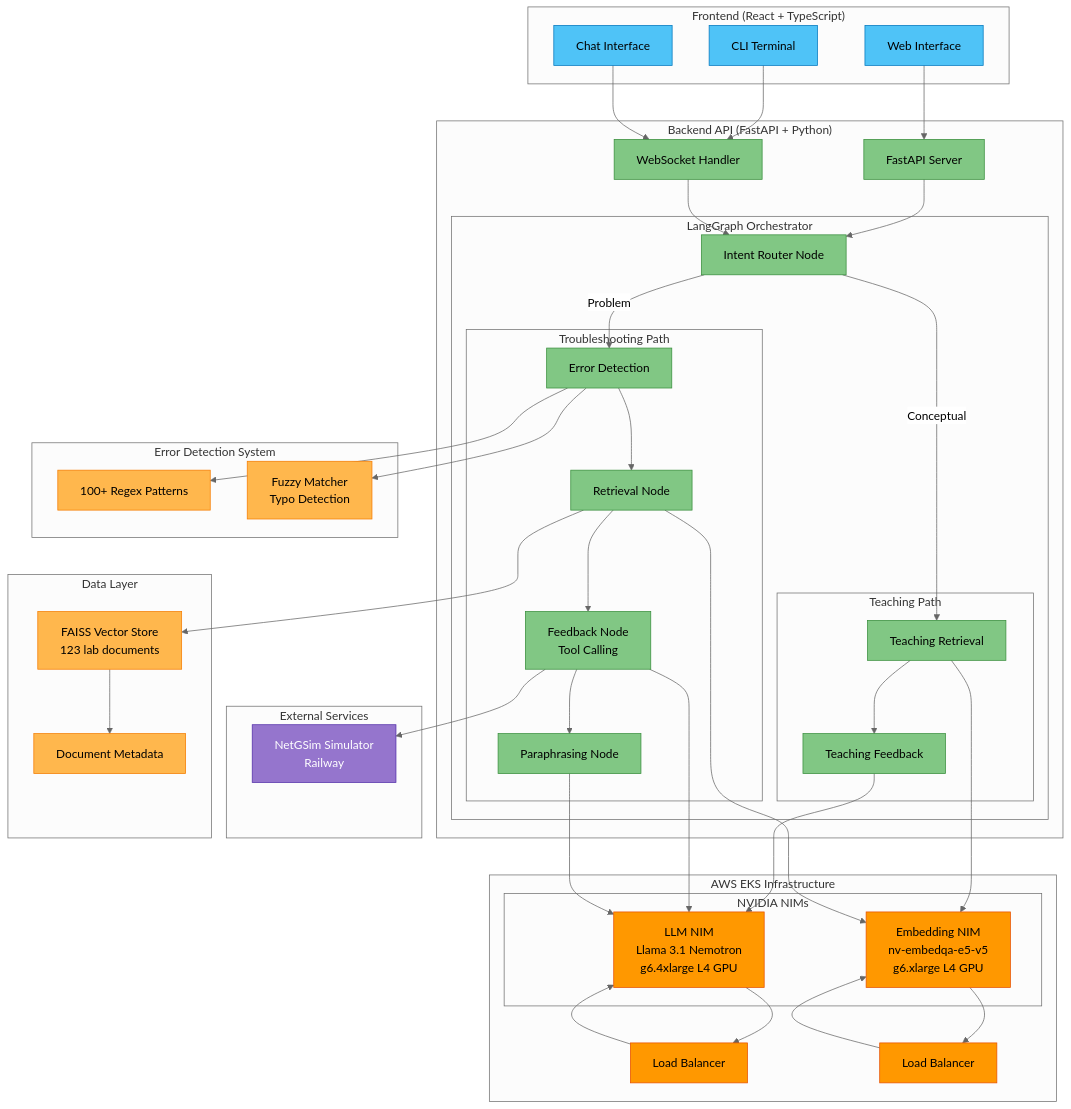
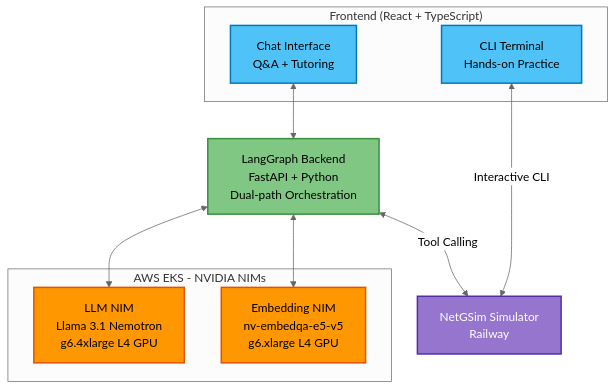
The diagram in README.md (racampos/agentic-ai-unleashed), drawn with Mermaid (neutral theme) before and after one commit.

Commit message:
Add simplified system architecture diagram
Clean, high-level Mermaid diagram showing 5 main components:
- Frontend (Chat + CLI)
- LangGraph Backend
- AWS EKS NIMs (LLM + Embedding)
- NetGSim Simulator

Includes labeled connections showing tool calling and interactive CLI.

🤖 Generated with [Claude Code](https://claude.com/claude-code)

````diff
--- a/README.md
+++ b/README.md
@@ -11,105 +11,34 @@
 ```mermaid
 graph TB
-    subgraph "Frontend (React + TypeScript)"
-        UI[Web Interface]
-        CLI[CLI Terminal]
-        Chat[Chat Interface]
+    subgraph Frontend["Frontend (React + TypeScript)"]
+        Chat[Chat Interface<br/>Q&A + Tutoring]
+        CLI[CLI Terminal<br/>Hands-on Practice]
     end
 
-    subgraph "Backend API (FastAPI + Python)"
-        API[FastAPI Server]
-        WS[WebSocket Handler]
+    Backend[LangGraph Backend<br/>FastAPI + Python<br/>Dual-path Orchestration]
 
-        subgraph "LangGraph Orchestrator"
-            Router[Intent Router Node]
-
-            subgraph "Teaching Path"
-                TR[Teaching Retrieval]
-                TF[Teaching Feedback]
-            end
-
-            subgraph "Troubleshooting Path"
-                ED[Error Detection]
-                R[Retrieval Node]
-                F[Feedback Node<br/>Tool Calling]
-                P[Paraphrasing Node]
-            end
-        end
+    subgraph AWS["AWS EKS - NVIDIA NIMs"]
+        LLM[LLM NIM<br/>Llama 3.1 Nemotron<br/>g6.4xlarge L4 GPU]
+        Embed[Embedding NIM<br/>nv-embedqa-e5-v5<br/>g6.xlarge L4 GPU]
     end
 
-    subgraph "AWS EKS Infrastructure"
-        subgraph "NVIDIA NIMs"
-            LLM[LLM NIM<br/>Llama 3.1 Nemotron<br/>g6.4xlarge L4 GPU]
-            EMB[Embedding NIM<br/>nv-embedqa-e5-v5<br/>g6.xlarge L4 GPU]
-        end
+    NetGSim[NetGSim Simulator<br/>Railway]
 
-        LB1[Load Balancer]
-        LB2[Load Balancer]
-    end
-
-    subgraph "External Services"
-        NetGSim[NetGSim Simulator<br/>Railway]
-    end
-
-    subgraph "Data Layer"
-        FAISS[FAISS Vector Store<br/>123 lab documents]
-        Metadata[Document Metadata]
-    end
-
-    subgraph "Error Detection System"
-        Patterns[100+ Regex Patterns]
-        Fuzzy[Fuzzy Matcher<br/>Typo Detection]
-    end
-
-    %% Frontend connections
-    UI --> API
-    CLI --> WS
-    Chat --> WS
-
-    %% API to Orchestrator
-    API --> Router
-    WS --> Router
-
-    %% Router to paths
-    Router -->|Conceptual| TR
-    Router -->|Problem| ED
-
-    %% Teaching path
-    TR --> TF
-    TF --> LLM
-
-    %% Troubleshooting path
-    ED --> Patterns
-    ED --> Fuzzy
-    ED --> R
-    R --> FAISS
-    R --> F
-    F --> NetGSim
-    F --> LLM
-    F --> P
-    P --> LLM
-
-    %% NIMs connections
-    LLM --> LB1
-    LB1 --> LLM
-    EMB --> LB2
-    LB2 --> EMB
-    TR --> EMB
-    R --> EMB
-
-    %% Data connections
-    FAISS --> Metadata
+    %% Connections
+    Chat <--> Backend
+    Backend <--> LLM
+    Backend <--> Embed
+    Backend <-->|Tool Calling| NetGSim
+    CLI <-->|Interactive CLI| NetGSim
 
     %% Styling
-    classDef frontend fill:#4FC3F7,stroke:#0277BD,color:#000
-    classDef backend fill:#81C784,stroke:#388E3C,color:#000
-    classDef aws fill:#FF9800,stroke:#E65100,color:#000
-    classDef external fill:#9575CD,stroke:#512DA8,color:#fff
-    classDef data fill:#FFB74D,stroke:#F57C00,color:#000
+    classDef frontend fill:#4FC3F7,stroke:#0277BD,stroke-width:2px,color:#000
+    classDef backend fill:#81C784,stroke:#388E3C,stroke-width:2px,color:#000
+    classDef aws fill:#FF9800,stroke:#E65100,stroke-width:2px,color:#000
+    classDef external fill:#9575CD,stroke:#512DA8,stroke-width:2px,color:#fff
 
-    class UI,CLI,Chat frontend
-    class API,WS,Router,TR,TF,ED,R,F,P backend
-    class LLM,EMB,LB1,LB2 aws
+    class Chat,CLI frontend
+    class Backend backend
+    class LLM,Embed aws
     class NetGSim external
-    class FAISS,Metadata,Patterns,Fuzzy data
 ```
````
